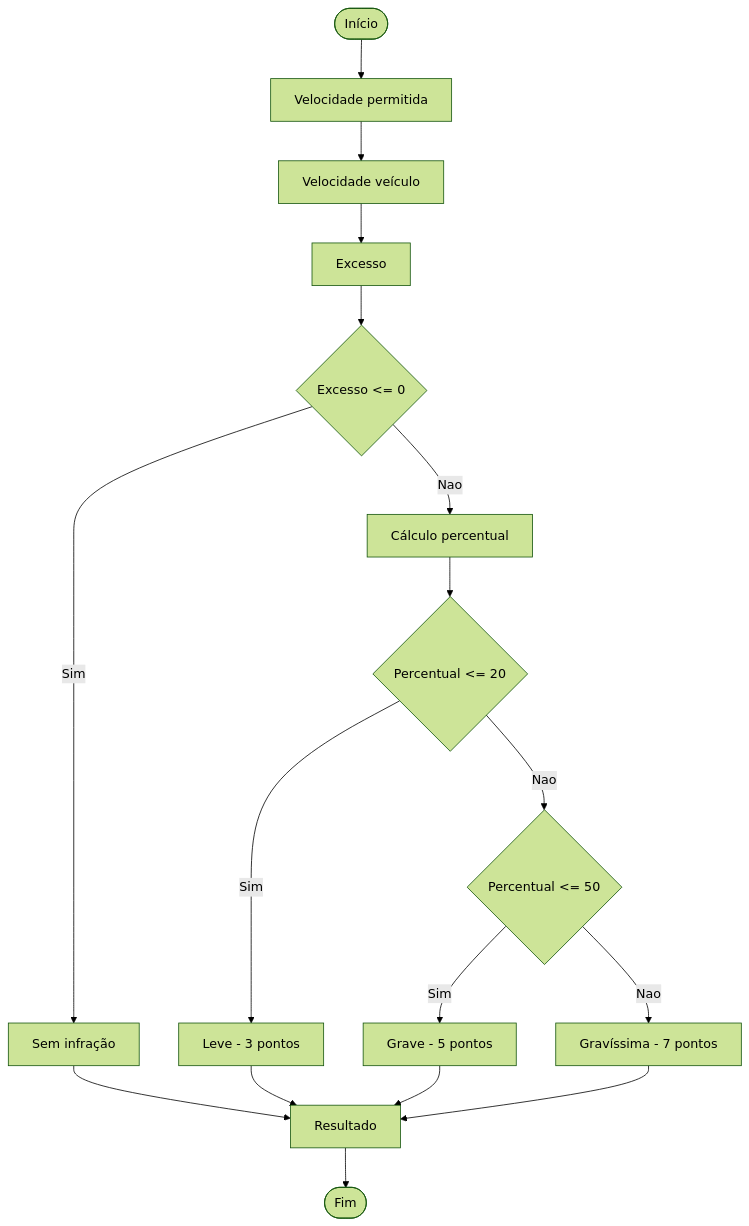
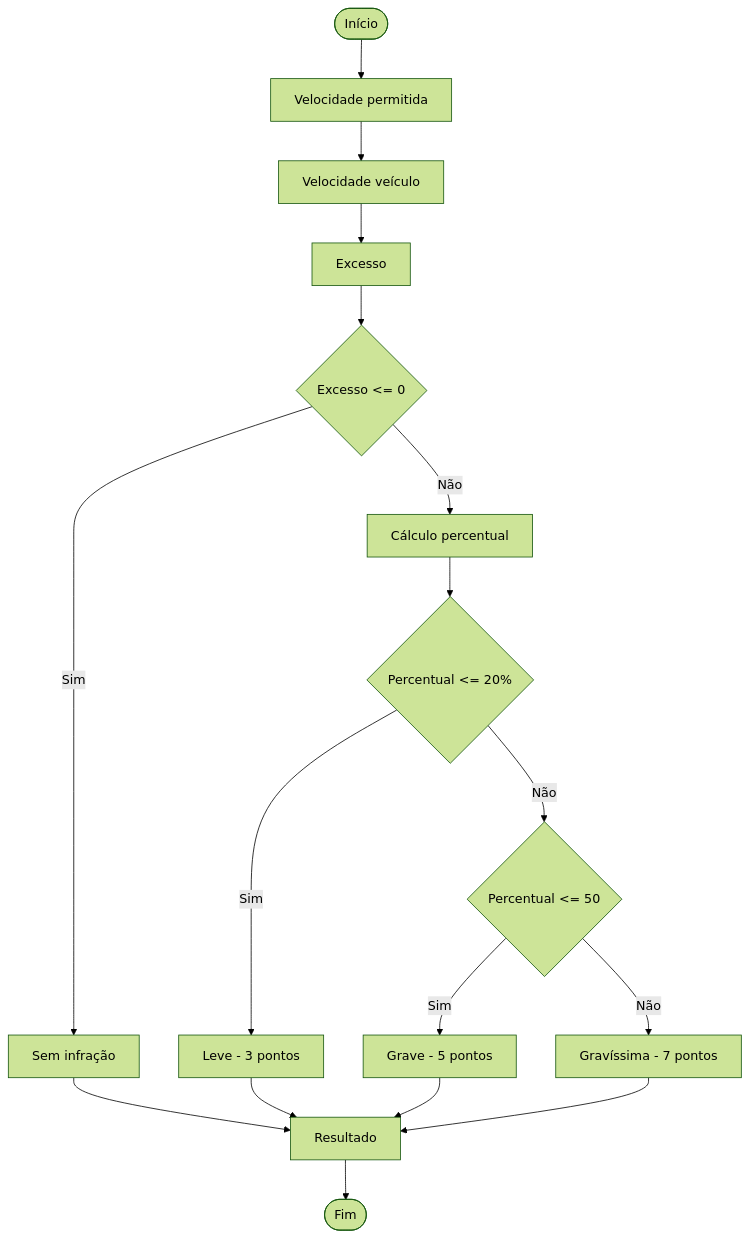
The diagram in Diagramas P1 Cação/Pontuação de  motorista.md (Angela-Leao/Entrega-de-atividades-Fatec), drawn with Mermaid (forest theme) before and after one commit.

Commit message:
Update Pontuação de  motorista.md

````diff
--- a/Diagramas P1 Cação/Pontuação de  motorista.md
+++ b/Diagramas P1 Cação/Pontuação de  motorista.md
@@ -2,25 +2,25 @@
 ```mermaid
 
 flowchart TD
     A([Início]) --> B[Velocidade permitida]
     B --> C[Velocidade veículo]
     C --> D[Excesso]
 
     D --> E{Excesso <= 0}
     E -- Sim --> F[Sem infração]
-    E -- Nao --> G[Cálculo percentual]
+    E -- Não --> G[Cálculo percentual]
 
-    G --> H{Percentual <= 20}
+    G --> H{Percentual <= 20%}
     H -- Sim --> I[Leve - 3 pontos]
-    H -- Nao --> J{Percentual <= 50}
+    H -- Não --> J{Percentual <= 50}
 
     J -- Sim --> K[Grave - 5 pontos]
-    J -- Nao --> L[Gravíssima - 7 pontos]
+    J -- Não --> L[Gravíssima - 7 pontos]
 
     F --> M[Resultado]
     I --> M
     K --> M
     L --> M
 
     M --> N([Fim])
 ```
````
